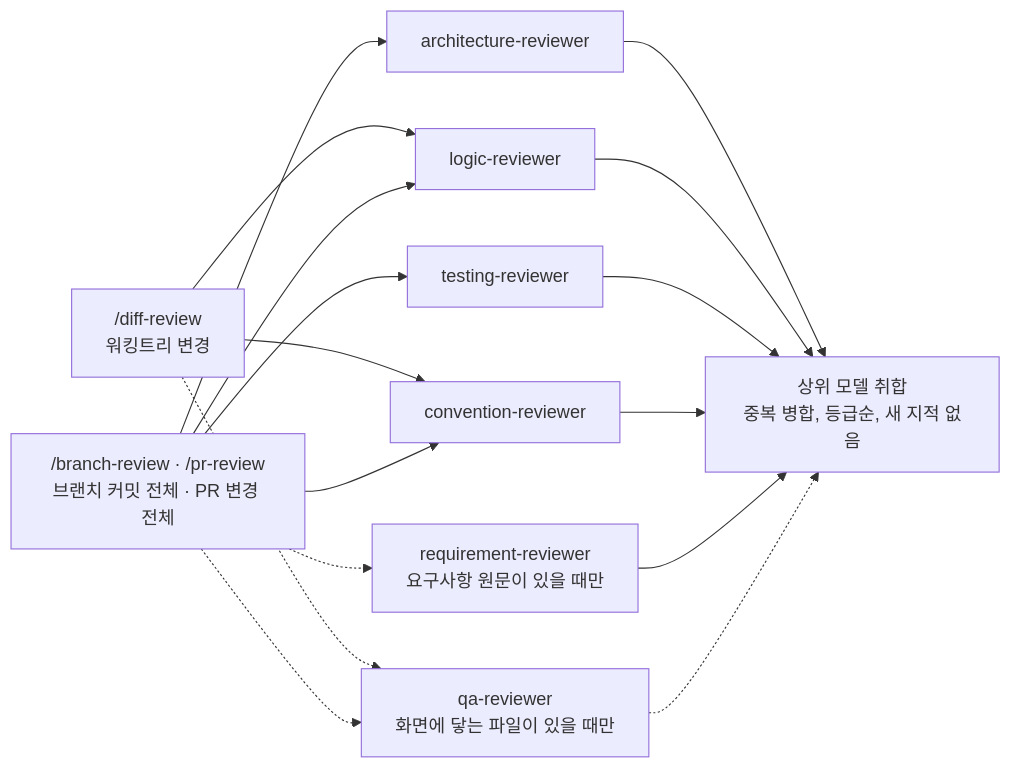
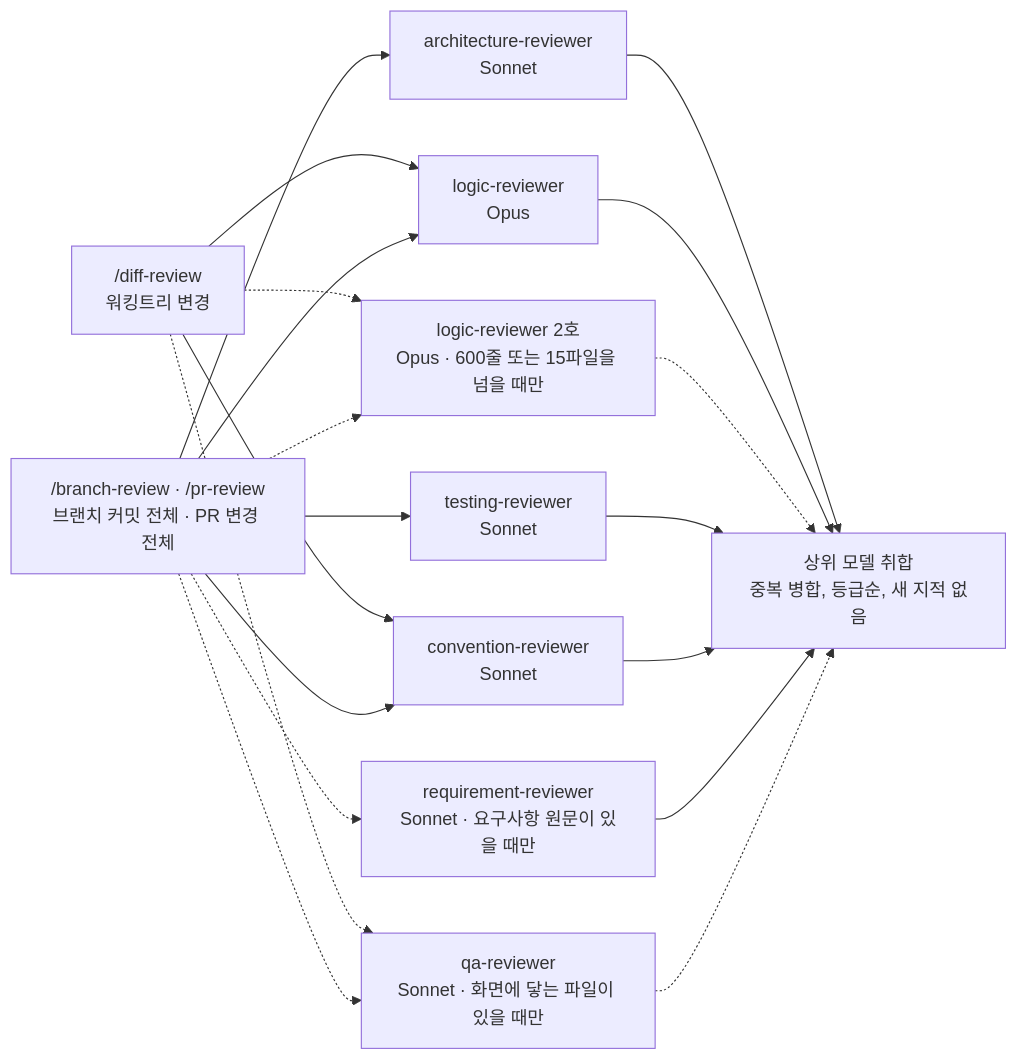
Before and after one commit to 1Dohyeon/claude-sync: the second of 2 diagrams in README.md, drawn with Mermaid. The commit also changed other lines of this file and 1 other file, not shown here.

````diff
--- a/README.md
+++ b/README.md
@@ -110,20 +111,23 @@
 ```mermaid
 flowchart LR
-    D["/diff-review<br/>워킹트리 변경"] --> LG["logic-reviewer"]
-    D --> CV["convention-reviewer"]
-    D -.-> QA["qa-reviewer<br/>화면에 닿는 파일이 있을 때만"]
+    D["/diff-review<br/>워킹트리 변경"] --> LG["logic-reviewer<br/>Opus"]
+    D --> CV["convention-reviewer<br/>Sonnet"]
+    D -.-> LG2["logic-reviewer 2호<br/>Opus · 600줄 또는 15파일을 넘을 때만"]
+    D -.-> QA["qa-reviewer<br/>Sonnet · 화면에 닿는 파일이 있을 때만"]
 
-    BP["/branch-review · /pr-review<br/>브랜치 커밋 전체 · PR 변경 전체"] --> AR["architecture-reviewer"]
+    BP["/branch-review · /pr-review<br/>브랜치 커밋 전체 · PR 변경 전체"] --> AR["architecture-reviewer<br/>Sonnet"]
     BP --> LG
-    BP --> TS["testing-reviewer"]
+    BP --> TS["testing-reviewer<br/>Sonnet"]
     BP --> CV
-    BP -.-> RQ["requirement-reviewer<br/>요구사항 원문이 있을 때만"]
+    BP -.-> LG2
+    BP -.-> RQ["requirement-reviewer<br/>Sonnet · 요구사항 원문이 있을 때만"]
     BP -.-> QA
 
     AR --> M["상위 모델 취합<br/>중복 병합, 등급순, 새 지적 없음"]
     LG --> M
+    LG2 -.-> M
     TS --> M
     CV --> M
     RQ --> M
     QA -.-> M
 ```
````
